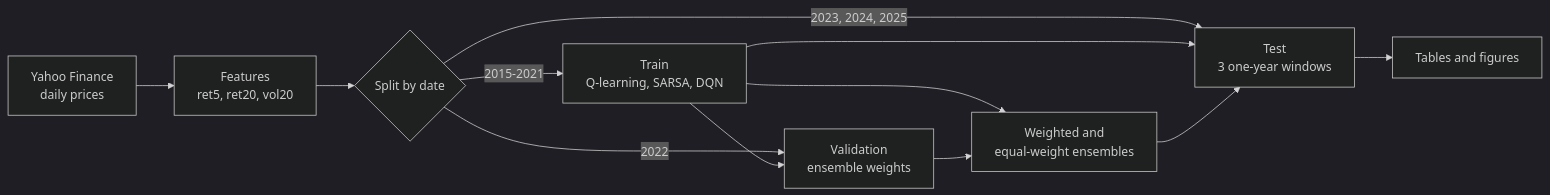
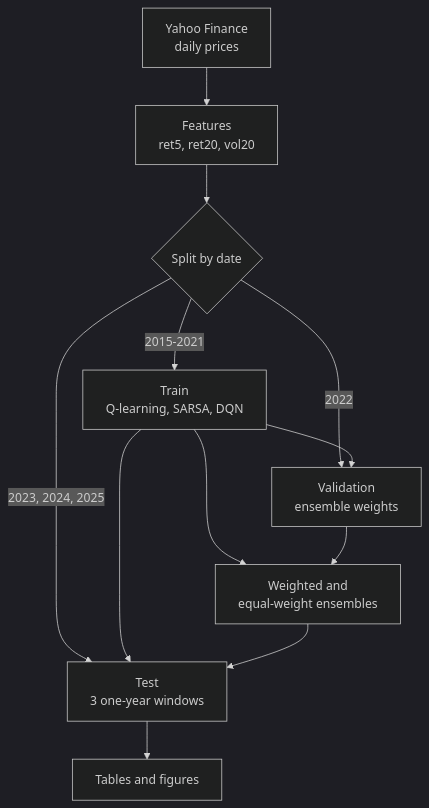
The diagram in README.md (TarynDeng/6650-Final), drawn with Mermaid (dark theme) before and after one commit. The commit also changed other lines of this file and 7 other files, not shown here.

````diff
--- a/README.md
+++ b/README.md
@@ -88,14 +88,14 @@
 ```mermaid
-flowchart LR
+flowchart TD
     A[Yahoo Finance<br/>daily prices] --> B[Features<br/>ret5, ret20, vol20]
     B --> C{Split by date}
     C -->|2015-2021| D[Train<br/>Q-learning, SARSA, DQN]
     C -->|2022| E[Validation<br/>ensemble weights]
     C -->|2023, 2024, 2025| F[Test<br/>3 one-year windows]
     D --> E
     D --> G[Weighted and<br/>equal-weight ensembles]
     E --> G
     D --> F
     G --> F
     F --> H[Tables and figures]
 ```
````
